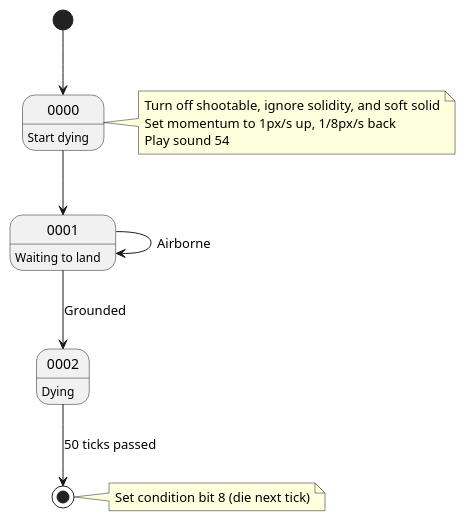
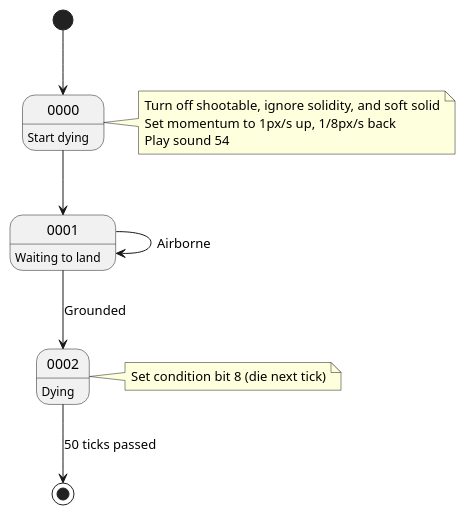
One commit to CaveStoryModdingCommunity/ANP-Graphs changed the diagram in ANP/Npc_318_-_Mesa_(Dead).wsd. Above: the diagram before and after it, drawn with PlantUML. The commit also changed 17 other files, not shown here.

```diff
--- a/ANP/Npc_318_-_Mesa_(Dead).wsd
+++ b/ANP/Npc_318_-_Mesa_(Dead).wsd
@@ -1,20 +1,20 @@
 @startuml Npc 318 - Mesa (Dead)
 [*] --> 0000
 
 0000 : Start dying
-note right
+note right of 0000
 Turn off shootable, ignore solidity, and soft solid
 Set momentum to 1px/s up, 1/8px/s back
 Play sound 54
 end note
 0000 --> 0001
 
 0001 : Waiting to land
 0001 --> 0001: Airborne
 0001 --> 0002: Grounded
 
 0002 : Dying
 0002 --> [*] : 50 ticks passed
-note right: Set condition bit 8 (die next tick)
+note right of 0002 : Set condition bit 8 (die next tick)
 
 @enduml
```
